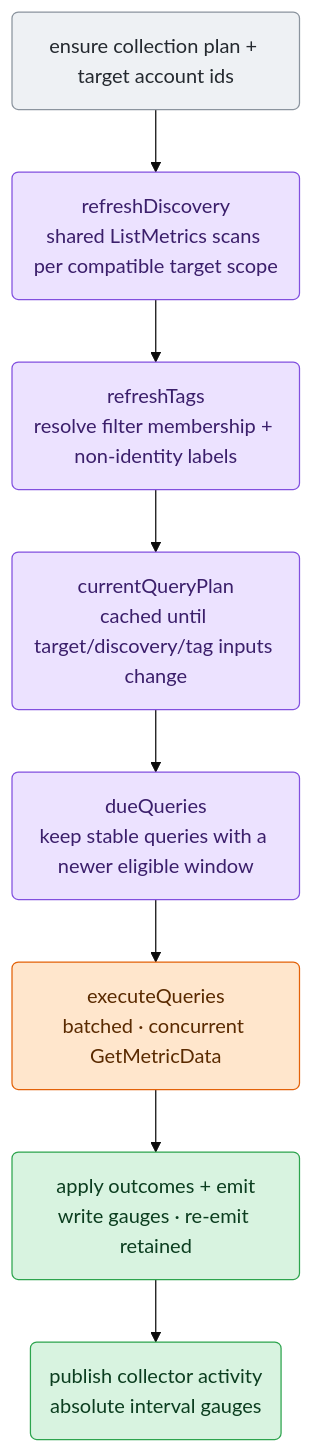
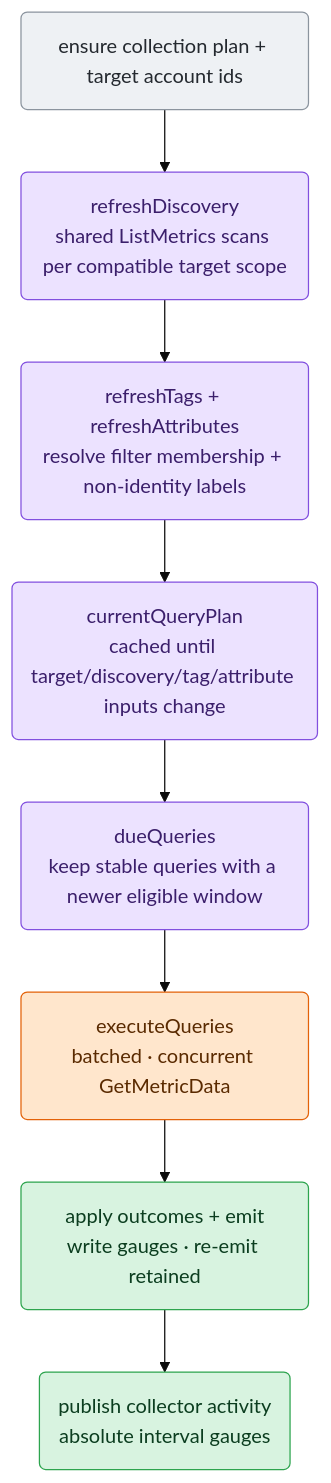
One commit to netdata/netdata changed the third of 3 diagrams in src/go/plugin/go.d/collector/cloudwatch/ARCHITECTURE.md. Above: the diagram before and after it, drawn with Mermaid (base theme). The commit also changed other lines of this file and 22 other files, not shown here.

````diff
--- a/src/go/plugin/go.d/collector/cloudwatch/ARCHITECTURE.md
+++ b/src/go/plugin/go.d/collector/cloudwatch/ARCHITECTURE.md
@@ -134,23 +135,23 @@
 ```mermaid
 flowchart TD
     A("ensure collection plan + target account ids")
     B("refreshDiscovery<br/>shared ListMetrics scans per compatible target scope")
-    C("refreshTags<br/>resolve filter membership + non-identity labels")
-    D("currentQueryPlan<br/>cached until target/discovery/tag inputs change")
+    C("refreshTags + refreshAttributes<br/>resolve filter membership + non-identity labels")
+    D("currentQueryPlan<br/>cached until target/discovery/tag/attribute inputs change")
     E("dueQueries<br/>keep stable queries with a newer eligible window")
     F("executeQueries<br/>batched · concurrent GetMetricData")
     G("apply outcomes + emit<br/>write gauges · re-emit retained")
     H("publish collector activity<br/>absolute interval gauges")
 
     A --> B --> C --> D --> E --> F --> G --> H
 
     classDef input fill:#eef1f4,stroke:#8b949e,color:#24292f;
     classDef sched fill:#ece2ff,stroke:#8250df,color:#3b1f6b;
     classDef effect fill:#ffe6cc,stroke:#e36209,color:#5a2a00;
     classDef commit fill:#d8f3e0,stroke:#2da44e,color:#0b3d1f;
 
     class A input
     class B,C,D,E sched
     class F effect
     class G,H commit
 ```
````
